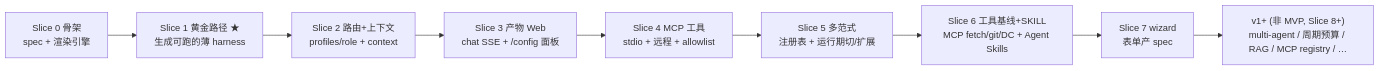
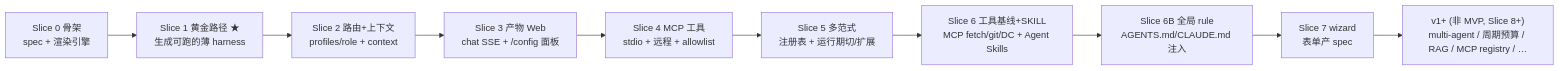
The diagram in docs/02-development/00-overview.md (EpisodeYu/HarnessSmith), drawn with Mermaid before and after one commit. The commit also changed other lines of this file and 14 other files, not shown here.

First line of the commit message:
feat(prompts): always-apply project rules — inject AGENTS.md/CLAUDE.md-style rule files (Slice 6B)

````diff
--- a/docs/02-development/00-overview.md
+++ b/docs/02-development/00-overview.md
@@ -25,11 +25,12 @@
 ```mermaid
 graph LR
     S0["Slice 0 骨架<br/>spec + 渲染引擎"] --> S1["Slice 1 黄金路径 ★<br/>生成可跑的薄 harness"]
     S1 --> S2["Slice 2 路由+上下文<br/>profiles/role + context"]
     S2 --> S3["Slice 3 产物 Web<br/>chat SSE + /config 面板"]
     S3 --> S4["Slice 4 MCP 工具<br/>stdio + 远程 + allowlist"]
     S4 --> S5["Slice 5 多范式<br/>注册表 + 运行期切/扩展"]
     S5 --> S6["Slice 6 工具基线+SKILL<br/>MCP fetch/git/DC + Agent Skills"]
-    S6 --> S7["Slice 7 wizard<br/>表单产 spec"]
+    S6 --> S6B["Slice 6B 全局 rule<br/>AGENTS.md/CLAUDE.md 注入"]
+    S6B --> S7["Slice 7 wizard<br/>表单产 spec"]
     S7 --> V["v1+ (非 MVP, Slice 8+)<br/>multi-agent / 周期预算 / RAG / MCP registry / …"]
 ```
````
